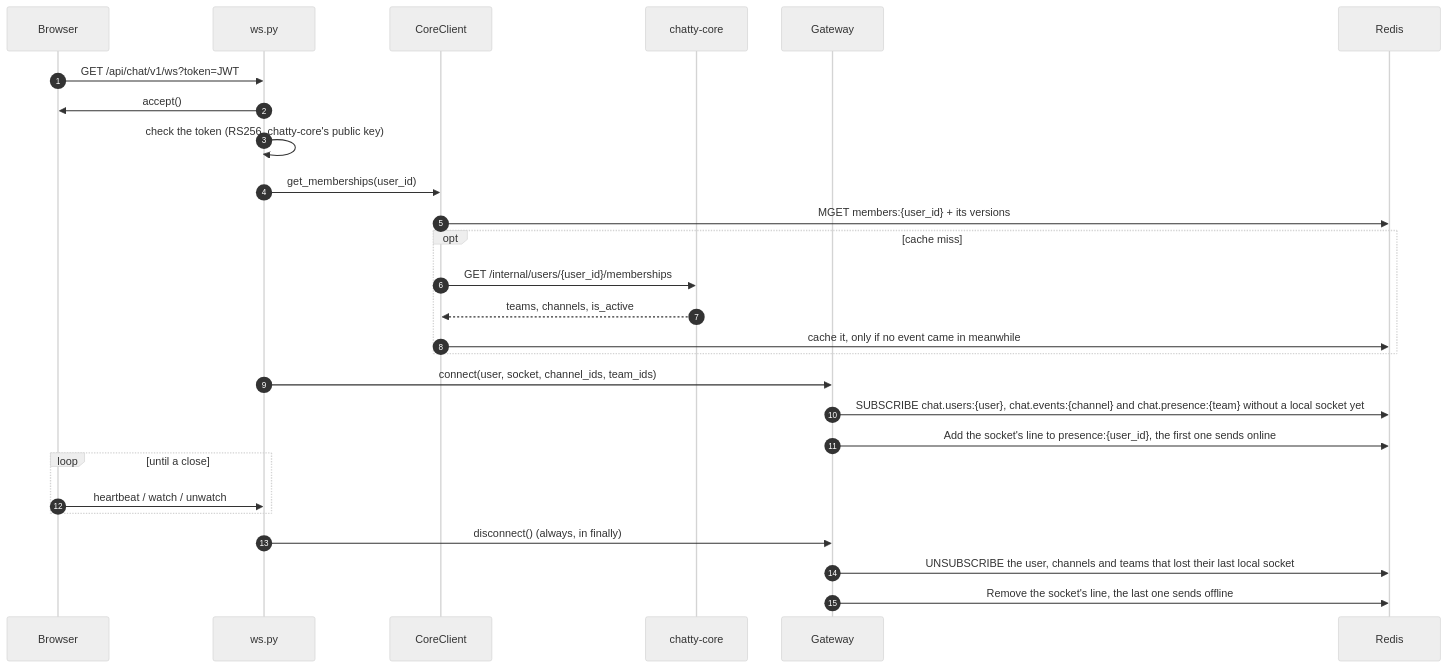
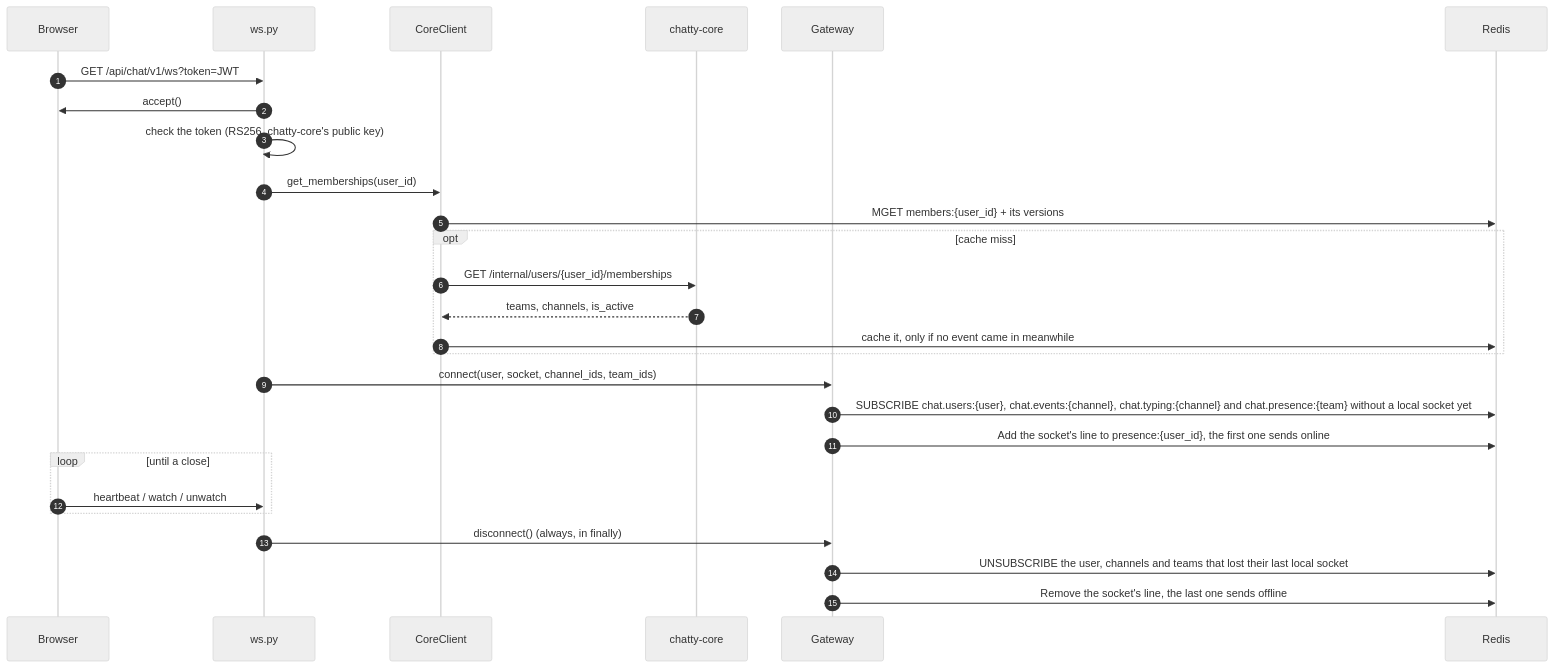
One commit to Chatty4/chatty-docs changed the second of 9 diagrams in architecture/realtime.md. Above: the diagram before and after it, drawn with Mermaid (neutral theme). The commit also changed other lines of this file, not shown here.

Commit message:
CHAT-216: explain typing in the live events page

````diff
--- a/architecture/realtime.md
+++ b/architecture/realtime.md
@@ -90,30 +90,30 @@
 ```mermaid
 sequenceDiagram
     autonumber
     participant B as Browser
     participant WS as ws.py
     participant CC as CoreClient
     participant C as chatty-core
     participant GW as Gateway
     participant R as Redis
 
     B->>WS: GET /api/chat/v1/ws?token=JWT
     WS->>B: accept()
     WS->>WS: check the token (RS256, chatty-core's public key)
     WS->>CC: get_memberships(user_id)
     CC->>R: MGET members:{user_id} + its versions
     opt cache miss
         CC->>C: GET /internal/users/{user_id}/memberships
         C-->>CC: teams, channels, is_active
         CC->>R: cache it, only if no event came in meanwhile
     end
     WS->>GW: connect(user, socket, channel_ids, team_ids)
-    GW->>R: SUBSCRIBE chat.users:{user}, chat.events:{channel} and chat.presence:{team} without a local socket yet
+    GW->>R: SUBSCRIBE chat.users:{user}, chat.events:{channel}, chat.typing:{channel} and chat.presence:{team} without a local socket yet
     GW->>R: Add the socket's line to presence:{user_id}, the first one sends online
     loop until a close
         B->>WS: heartbeat / watch / unwatch
     end
     WS->>GW: disconnect() (always, in finally)
     GW->>R: UNSUBSCRIBE the user, channels and teams that lost their last local socket
     GW->>R: Remove the socket's line, the last one sends offline
 ```
````
